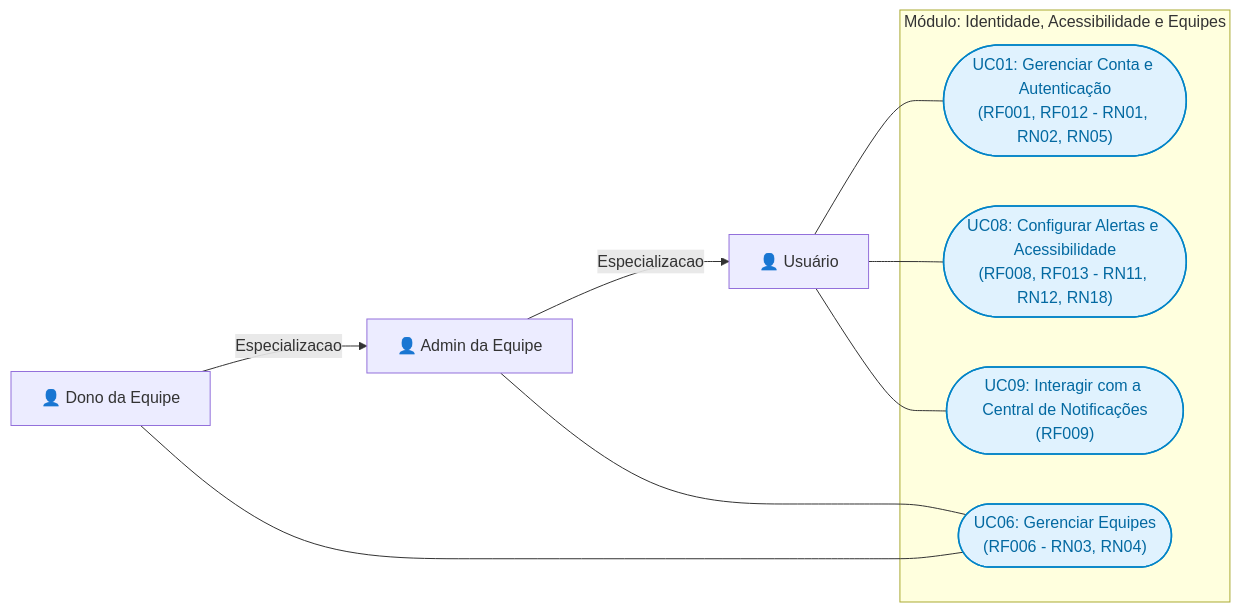
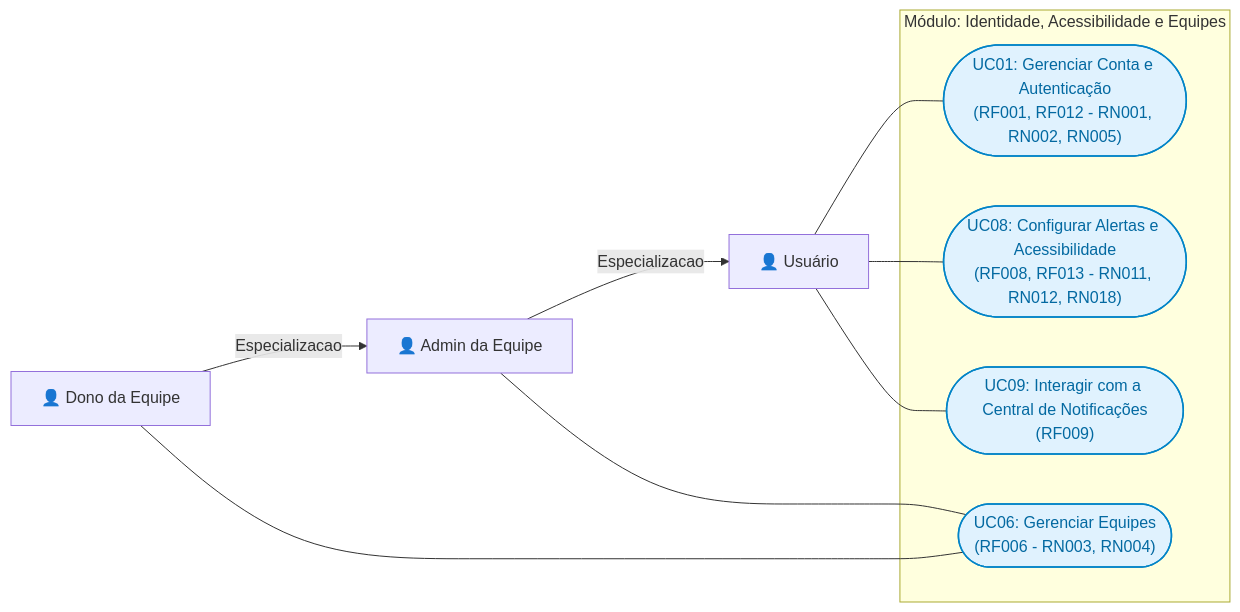
Before and after one commit to aikovlr/Cortex-backend: the seventh of 36 diagrams in DIAGRAMAS.md, drawn with Mermaid. The commit also changed other lines of this file and 30 other files, not shown here.

````diff
--- a/DIAGRAMAS.md
+++ b/DIAGRAMAS.md
@@ -716,28 +726,28 @@
 ```mermaid
 flowchart LR
     %% Atores com Especialização
     Usuario["👤 Usuário"]
     Admin["👤 Admin da Equipe"]
     Dono["👤 Dono da Equipe"]
 
     Dono -- Especializacao --> Admin
     Admin -- Especializacao --> Usuario
 
     subgraph ModuloIdentidade ["Módulo: Identidade, Acessibilidade e Equipes"]
-        UC01(["UC01: Gerenciar Conta e Autenticação<br/>(RF001, RF012 - RN01, RN02, RN05)"])
-        UC06(["UC06: Gerenciar Equipes<br/>(RF006 - RN03, RN04)"])
-        UC08(["UC08: Configurar Alertas e Acessibilidade<br/>(RF008, RF013 - RN11, RN12, RN18)"])
+        UC01(["UC01: Gerenciar Conta e Autenticação<br/>(RF001, RF012 - RN001, RN002, RN005)"])
+        UC06(["UC06: Gerenciar Equipes<br/>(RF006 - RN003, RN004)"])
+        UC08(["UC08: Configurar Alertas e Acessibilidade<br/>(RF008, RF013 - RN011, RN012, RN018)"])
         UC09(["UC09: Interagir com a Central de Notificações<br/>(RF009)"])
     end
 
     %% Relações dos Atores com Casos de Uso
     Usuario --- UC01
     Usuario --- UC08
     Usuario --- UC09
 
     Admin --- UC06
     Dono --- UC06
 
     classDef uc fill:#e0f2fe,stroke:#0284c7,stroke-width:1.5px,color:#0369a1;
     class UC01,UC06,UC08,UC09 uc;
 ```
````
